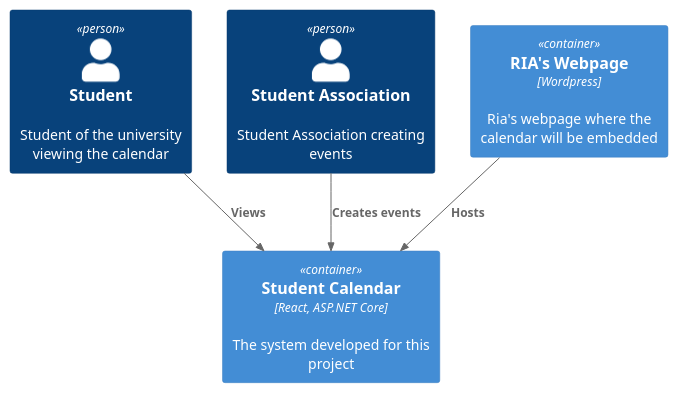
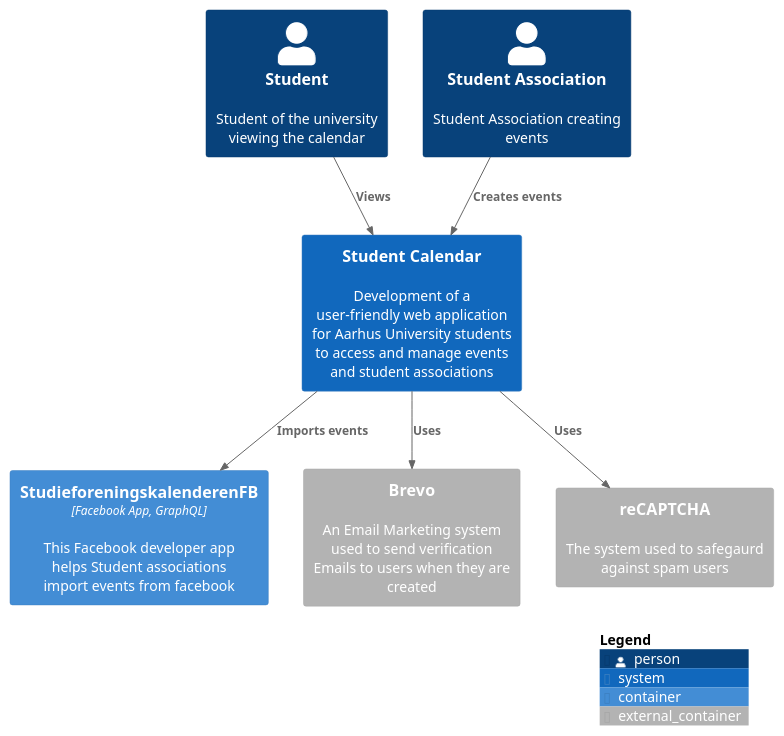
One commit to oscarboe/Studieforeningskalender_Front_end changed the diagram in C4_C1.puml. Above: the diagram before and after it, drawn with PlantUML. The commit also changed 3 other files, not shown here.

```diff
--- a/C4_C1.puml
+++ b/C4_C1.puml
@@ -1,12 +1,18 @@
 @startuml C4_Elements
 !include https://raw.githubusercontent.com/plantuml-stdlib/C4-PlantUML/master/C4_Container.puml
-
 Person(stud, "Student", "Student of the university viewing the calendar")
 Person(asso, "Student Association", "Student Association creating events")
 
-Container(sys, "Student Calendar","React, ASP.NET Core", "The system developed for this project")
-Container(ria, "RIA's Webpage","Wordpress", "Ria's webpage where the calendar will be embedded")
+
+System(sys, "Student Calendar", "Development of a user-friendly web application for Aarhus University students to access and manage events and student associations")
+Container(facebook, "StudieforeningskalenderenFB", "Facebook App, GraphQL", "This Facebook developer app helps Student associations import events from facebook")
+Container_Ext(brevo, "Brevo", "", "An Email Marketing system used to send verification Emails to users when they are created")
+Container_Ext(recap, "reCAPTCHA", "", "The system used to safegaurd against spam users")
+
 Rel(stud, sys, "Views")
 Rel(asso, sys, "Creates events")
-Rel(ria,sys, "Hosts")
+Rel(sys,facebook, "Imports events")
+Rel(sys,brevo, "Uses")
+Rel(sys,recap, "Uses")
+SHOW_LEGEND()
 @enduml
```
